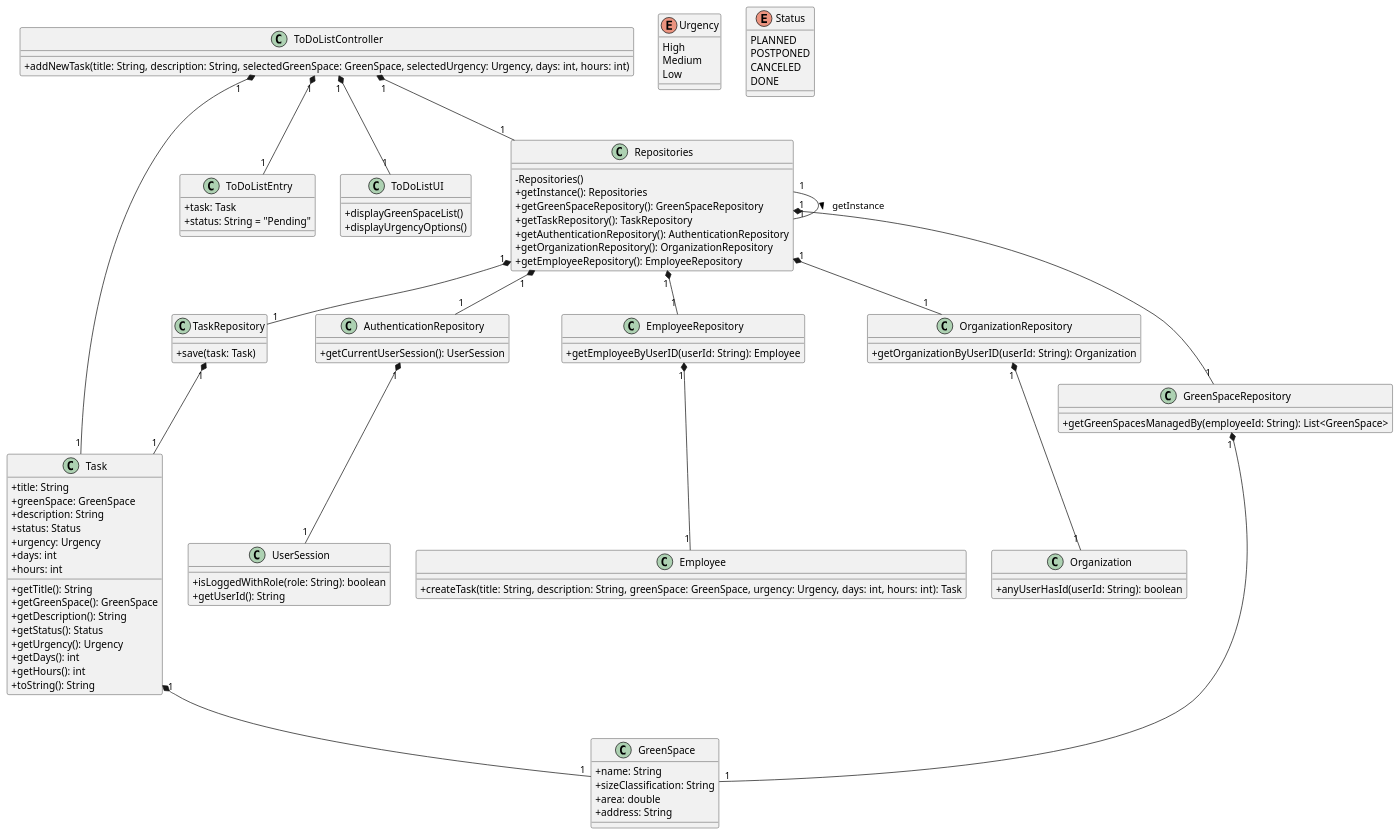
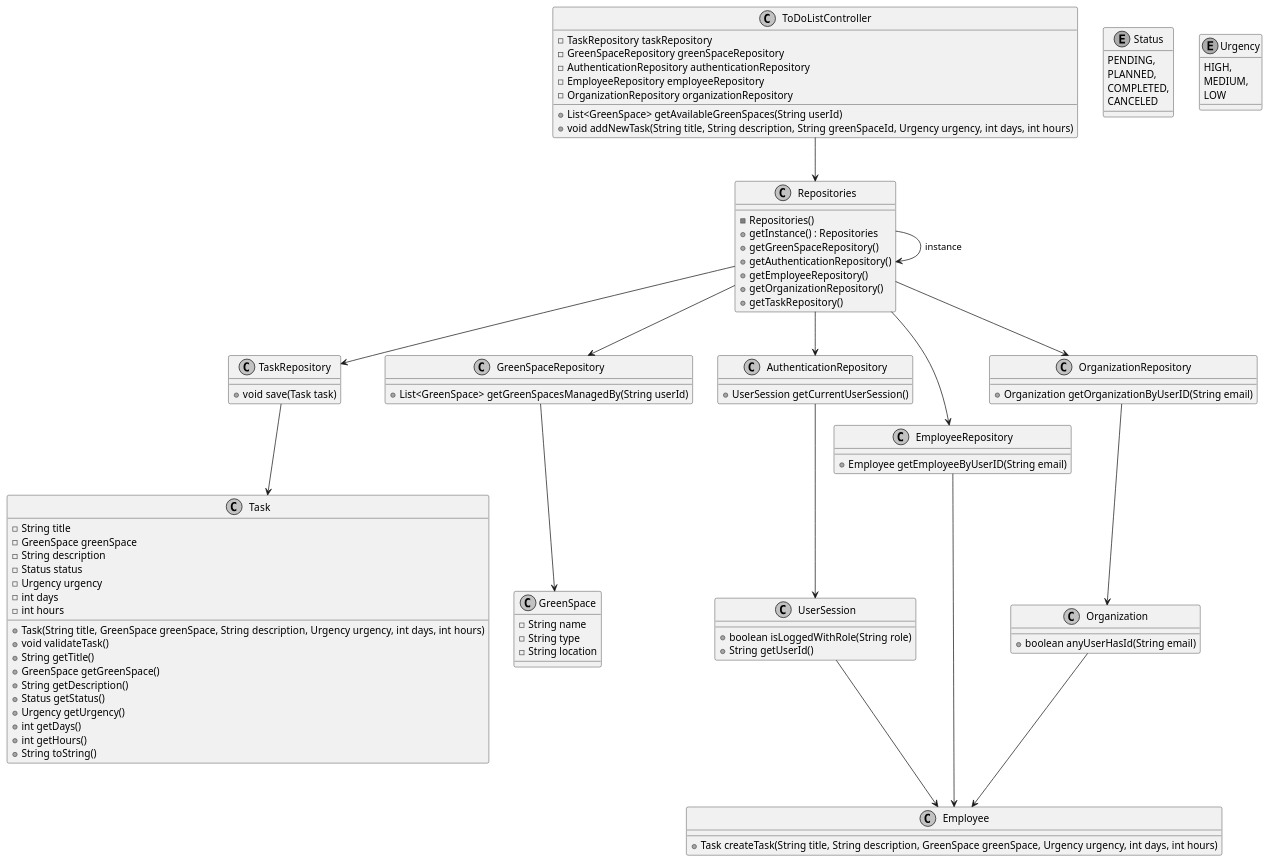
Before and after one commit to Mendoncaa/LAPR2: the diagram in docs/sprintC/us021/03.design/puml/us021-class-diagram.puml, drawn with PlantUML. The commit also changed 1 other file, not shown here.

```diff
--- a/docs/sprintC/us021/03.design/puml/us021-class-diagram.puml
+++ b/docs/sprintC/us021/03.design/puml/us021-class-diagram.puml
@@ -1,116 +1,114 @@
 @startuml
-skinparam classAttributeIconSize 0
+skinparam monochrome true
+skinparam packageStyle rectangle
+skinparam shadowing false
 
 class GreenSpace {
-    + name: String
-    + sizeClassification: String
-    + area: double
-    + address: String
+    - String name
+    - String type
+    - String location
 }
 
 class Task {
-    + title: String
-    + greenSpace: GreenSpace
-    + description: String
-    + status: Status
-    + urgency: Urgency
-    + days: int
-    + hours: int
-    + getTitle(): String
-    + getGreenSpace(): GreenSpace
-    + getDescription(): String
-    + getStatus(): Status
-    + getUrgency(): Urgency
-    + getDays(): int
-    + getHours(): int
-    + toString(): String
+    - String title
+    - GreenSpace greenSpace
+    - String description
+    - Status status
+    - Urgency urgency
+    - int days
+    - int hours
+    + Task(String title, GreenSpace greenSpace, String description, Urgency urgency, int days, int hours)
+    + void validateTask()
+    + String getTitle()
+    + GreenSpace getGreenSpace()
+    + String getDescription()
+    + Status getStatus()
+    + Urgency getUrgency()
+    + int getDays()
+    + int getHours()
+    + String toString()
 }
 
-enum Urgency {
-    High
-    Medium
-    Low
+class Employee {
+    + Task createTask(String title, String description, GreenSpace greenSpace, Urgency urgency, int days, int hours)
+}
+
+class ToDoListController {
+    - TaskRepository taskRepository
+    - GreenSpaceRepository greenSpaceRepository
+    - AuthenticationRepository authenticationRepository
+    - EmployeeRepository employeeRepository
+    - OrganizationRepository organizationRepository
+    + List<GreenSpace> getAvailableGreenSpaces(String userId)
+    + void addNewTask(String title, String description, String greenSpaceId, Urgency urgency, int days, int hours)
+}
+
+class TaskRepository {
+    + void save(Task task)
+}
+
+class GreenSpaceRepository {
+    + List<GreenSpace> getGreenSpacesManagedBy(String userId)
+}
+
+class AuthenticationRepository {
+    + UserSession getCurrentUserSession()
+}
+
+class UserSession {
+    + boolean isLoggedWithRole(String role)
+    + String getUserId()
+}
+
+class EmployeeRepository {
+    + Employee getEmployeeByUserID(String email)
+}
+
+class OrganizationRepository {
+    + Organization getOrganizationByUserID(String email)
+}
+
+class Organization {
+    + boolean anyUserHasId(String email)
 }
 
 enum Status {
-    PLANNED
-    POSTPONED
+    PENDING,
+    PLANNED,
+    COMPLETED,
     CANCELED
-    DONE
-}
-
-class ToDoListEntry {
-    + task: Task
-    + status: String = "Pending"
-}
-
-class ToDoListController {
-    + addNewTask(title: String, description: String, selectedGreenSpace: GreenSpace, selectedUrgency: Urgency, days: int, hours: int)
-}
-
-class ToDoListUI {
-    + displayGreenSpaceList()
-    + displayUrgencyOptions()
 }
 
 class Repositories {
     - Repositories()
-    + getInstance(): Repositories
-    + getGreenSpaceRepository(): GreenSpaceRepository
-    + getTaskRepository(): TaskRepository
-    + getAuthenticationRepository(): AuthenticationRepository
-    + getOrganizationRepository(): OrganizationRepository
-    + getEmployeeRepository(): EmployeeRepository
+    + getInstance() : Repositories
+    + getGreenSpaceRepository()
+    + getAuthenticationRepository()
+    + getEmployeeRepository()
+    + getOrganizationRepository()
+    + getTaskRepository()
+    
 }
 
-class GreenSpaceRepository {
-    + getGreenSpacesManagedBy(employeeId: String): List<GreenSpace>
+enum Urgency {
+    HIGH,
+    MEDIUM,
+    LOW
 }
 
-class TaskRepository {
-    + save(task: Task)
-}
-
-class AuthenticationRepository {
-    + getCurrentUserSession(): UserSession
-}
-
-class UserSession {
-    + isLoggedWithRole(role: String): boolean
-    + getUserId(): String
-}
-
-class EmployeeRepository {
-    + getEmployeeByUserID(userId: String): Employee
-}
-
-class OrganizationRepository {
-    + getOrganizationByUserID(userId: String): Organization
-}
-
-class Employee {
-    + createTask(title: String, description: String, greenSpace: GreenSpace, urgency: Urgency, days: int, hours: int): Task
-}
-
-class Organization {
-    + anyUserHasId(userId: String): boolean
-}
-
-Repositories "1" -- "1" Repositories : getInstance >
-ToDoListController "1" *-- "1" Repositories
-Repositories "1" *-- "1" GreenSpaceRepository
-Repositories "1" *-- "1" TaskRepository
-Repositories "1" *-- "1" AuthenticationRepository
-Repositories "1" *-- "1" OrganizationRepository
-Repositories "1" *-- "1" EmployeeRepository
-ToDoListController "1" *-- "1" ToDoListUI
-ToDoListController "1" *-- "1" Task
-ToDoListController "1" *-- "1" ToDoListEntry
-GreenSpaceRepository "1" *-- "1" GreenSpace
-TaskRepository "1" *-- "1" Task
-AuthenticationRepository "1" *-- "1" UserSession
-EmployeeRepository "1" *-- "1" Employee
-OrganizationRepository "1" *-- "1" Organization
-Task "1" *-- "1" GreenSpace
+Repositories -> Repositories: instance
+ToDoListController --> Repositories
+Repositories --> TaskRepository
+Repositories --> GreenSpaceRepository
+Repositories --> AuthenticationRepository
+Repositories --> EmployeeRepository
+Repositories --> OrganizationRepository
+AuthenticationRepository --> UserSession
+TaskRepository --> Task
+GreenSpaceRepository --> GreenSpace
+UserSession --> Employee
+OrganizationRepository --> Organization
+EmployeeRepository --> Employee
+Organization --> Employee
 
 @enduml
```
